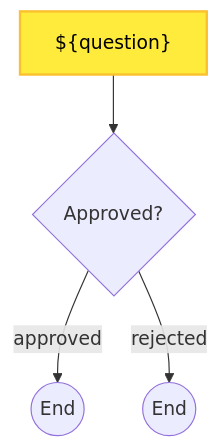
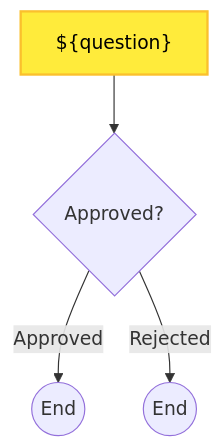
Before and after one commit to optivem/gh-optivem: diagram 47 of 50 in docs/process-diagram.md, drawn with Mermaid. The commit also changed other lines of this file and 3 other files, not shown here.

````diff
--- a/docs/process-diagram.md
+++ b/docs/process-diagram.md
@@ -700,14 +700,14 @@
 ```mermaid
 flowchart TD
     APPROVE_OK_END((End))
     APPROVE_REJECT_END((End))
     ASK_HUMAN["${question}"]
     GATE_APPROVED{Approved?}
 
     ASK_HUMAN --> GATE_APPROVED
-    GATE_APPROVED -- approved --> APPROVE_OK_END
-    GATE_APPROVED -- rejected --> APPROVE_REJECT_END
+    GATE_APPROVED -- Approved --> APPROVE_OK_END
+    GATE_APPROVED -- Rejected --> APPROVE_REJECT_END
 
     classDef humanNode fill:#ffeb3b,stroke:#fbc02d,stroke-width:2px,color:#000000
     class ASK_HUMAN humanNode
 ```
````
